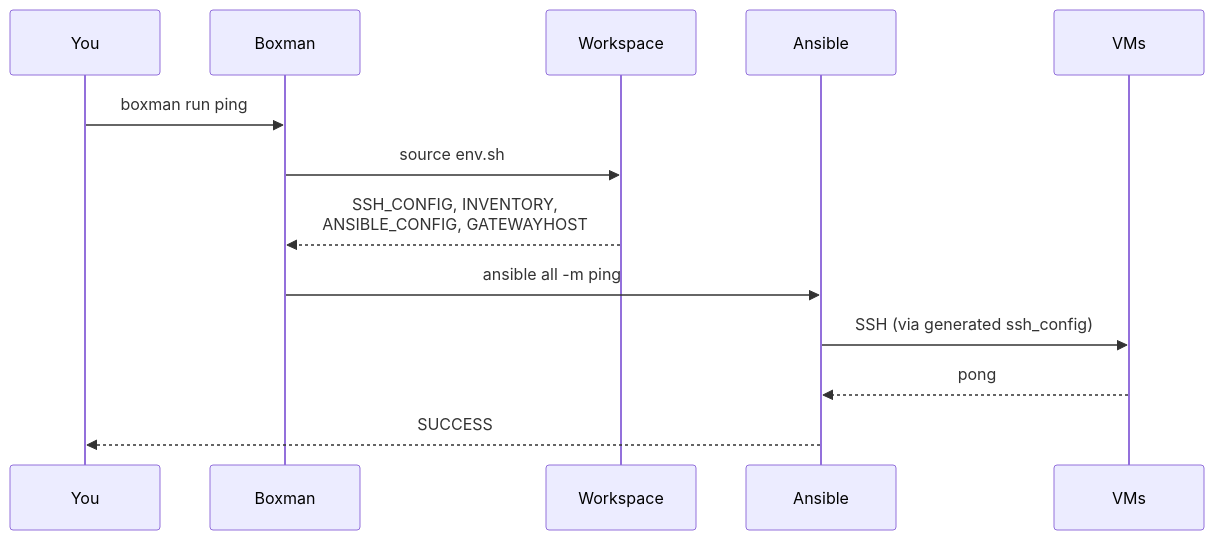
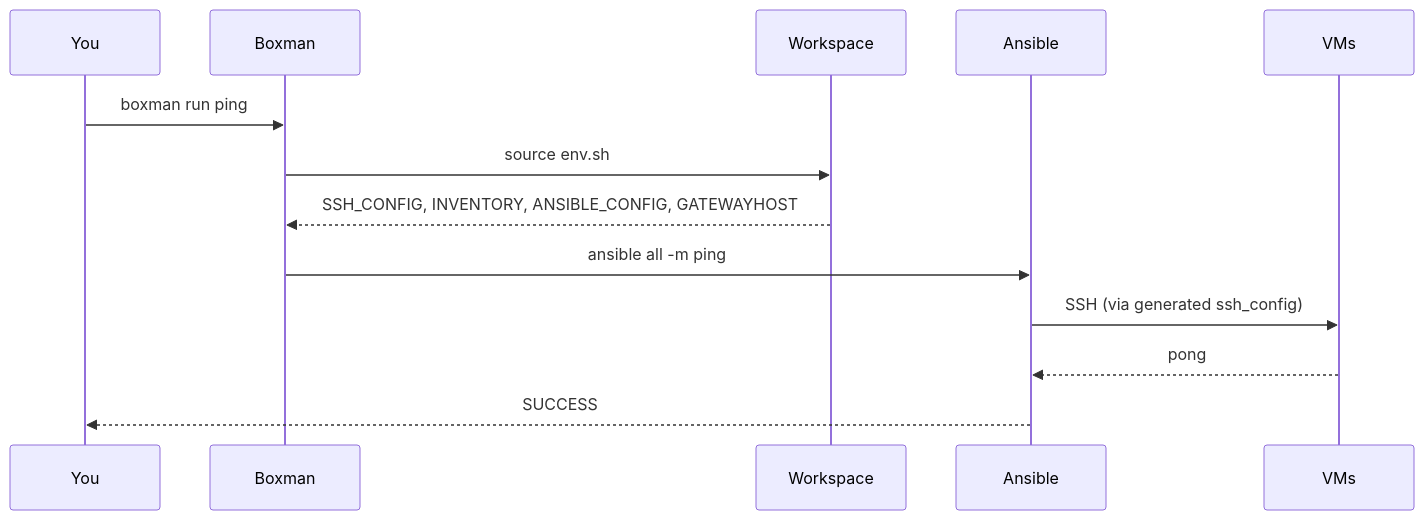
Before and after one commit to mherkazandjian/boxman: the third of 4 diagrams in doc/tutorial/README.md, drawn with Mermaid. The commit also changed other lines of this file and 4 other files, not shown here.

Commit message:
rename the tutorials and fix the diagrams

````diff
--- a/doc/tutorial/README.md
+++ b/doc/tutorial/README.md
@@ -652,16 +652,16 @@
 ```mermaid
 sequenceDiagram
     participant You
     participant Boxman
     participant Workspace
     participant Ansible
     participant VMs
 
     You->>Boxman: boxman run ping
     Boxman->>Workspace: source env.sh
-    Workspace-->>Boxman: SSH_CONFIG, INVENTORY,<br/>ANSIBLE_CONFIG, GATEWAYHOST
+    Workspace-->>Boxman: SSH_CONFIG, INVENTORY, ANSIBLE_CONFIG, GATEWAYHOST
     Boxman->>Ansible: ansible all -m ping
     Ansible->>VMs: SSH (via generated ssh_config)
     VMs-->>Ansible: pong
     Ansible-->>You: SUCCESS
 ```
````
